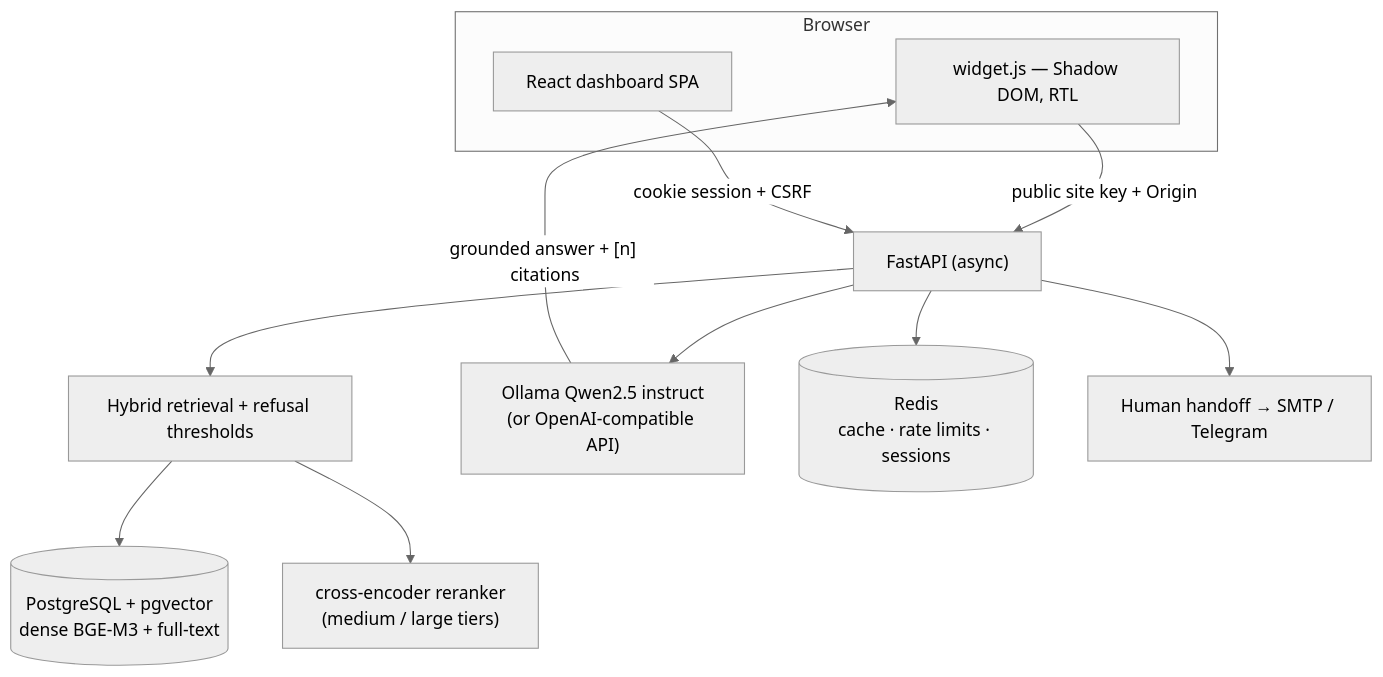
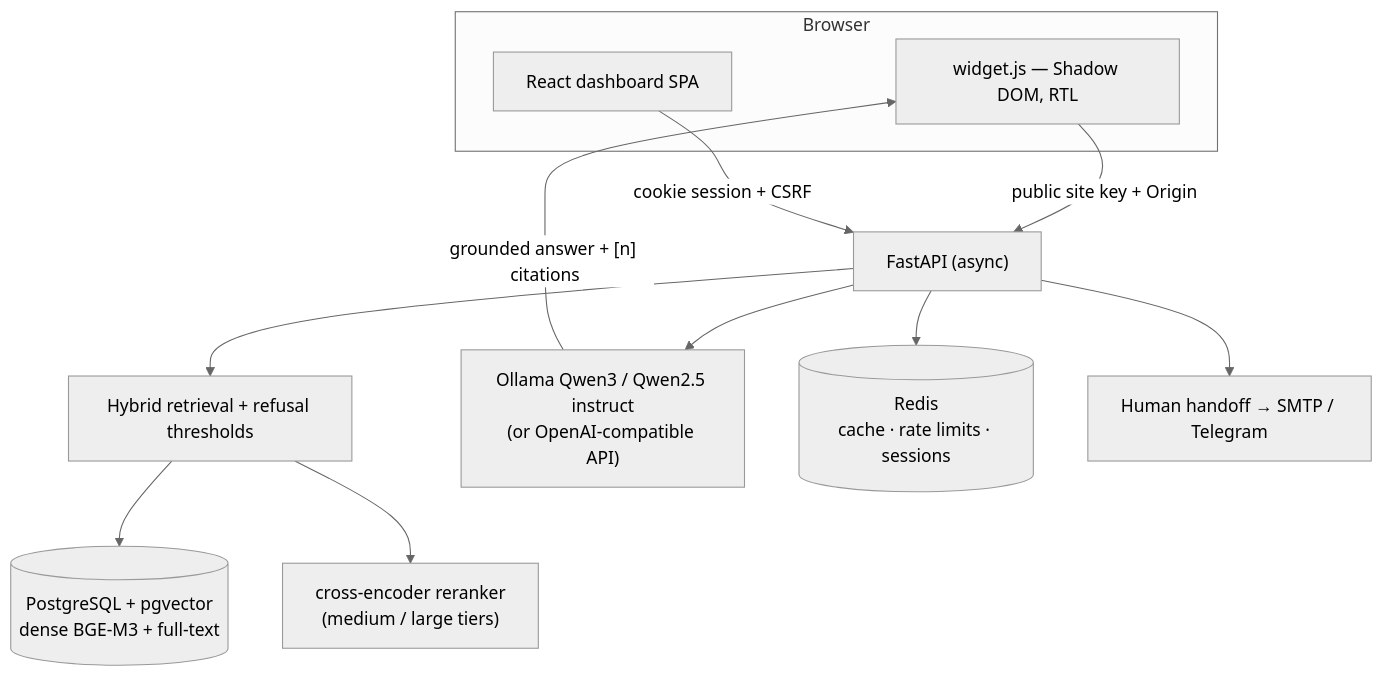
The diagram in README.md (0xaouissi/sanad), drawn with Mermaid (neutral theme) before and after one commit. The commit also changed other lines of this file and 14 other files, not shown here.

First line of the commit message:
Switch small-tier default to Apache-2.0 Qwen3-4B-Instruct-2507

````diff
--- a/README.md
+++ b/README.md
@@ -87,16 +87,16 @@
 ```mermaid
 flowchart TD
   subgraph Browser
     W["widget.js — Shadow DOM, RTL"]
     S["React dashboard SPA"]
   end
   W -->|"public site key + Origin"| API["FastAPI (async)"]
   S -->|"cookie session + CSRF"| API
   API --> RET["Hybrid retrieval + refusal thresholds"]
   RET --> PG[("PostgreSQL + pgvector<br/>dense BGE-M3 + full-text")]
   RET --> RK["cross-encoder reranker<br/>(medium / large tiers)"]
-  API --> LLM["Ollama Qwen2.5 instruct<br/>(or OpenAI-compatible API)"]
+  API --> LLM["Ollama Qwen3 / Qwen2.5 instruct<br/>(or OpenAI-compatible API)"]
   API --> KV[("Redis<br/>cache · rate limits · sessions")]
   API --> HO["Human handoff → SMTP / Telegram"]
   LLM -->|"grounded answer + [n] citations"| W
 ```
````
